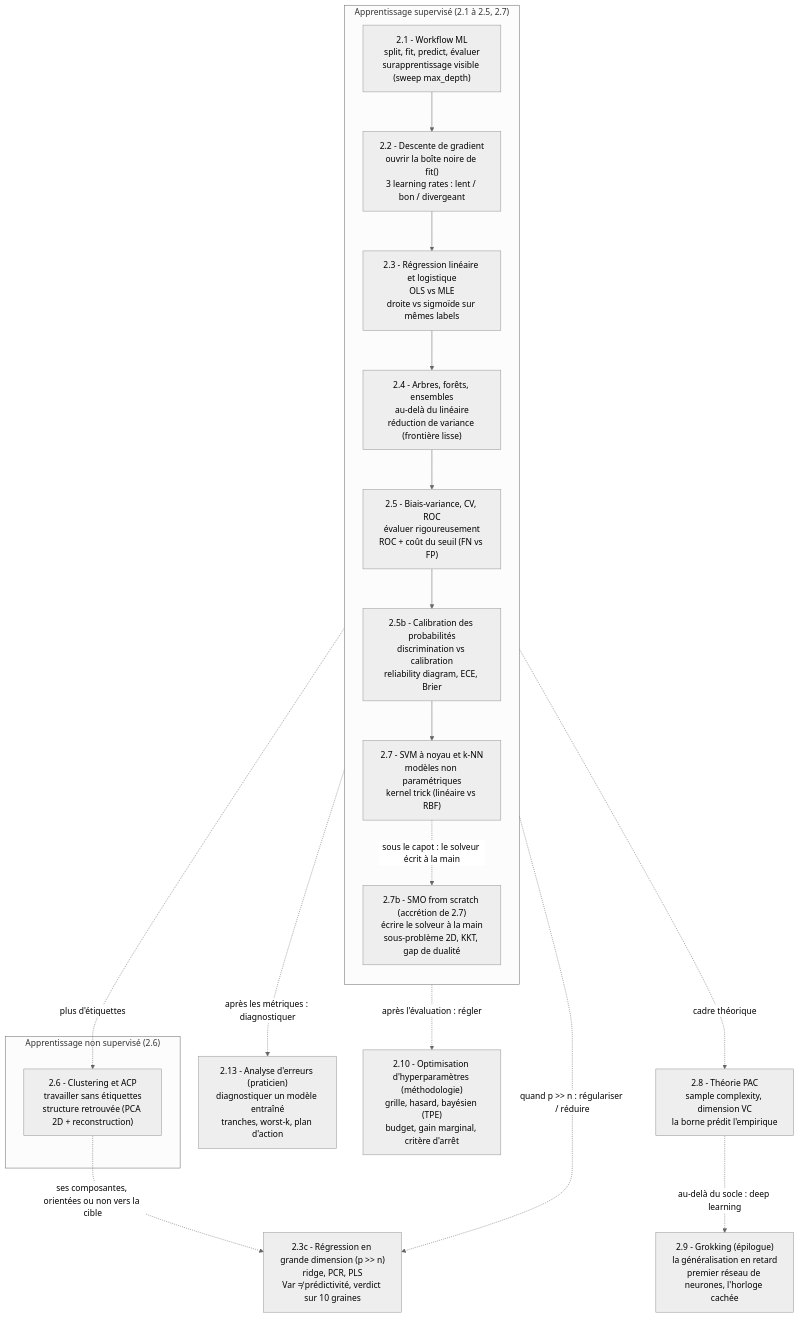
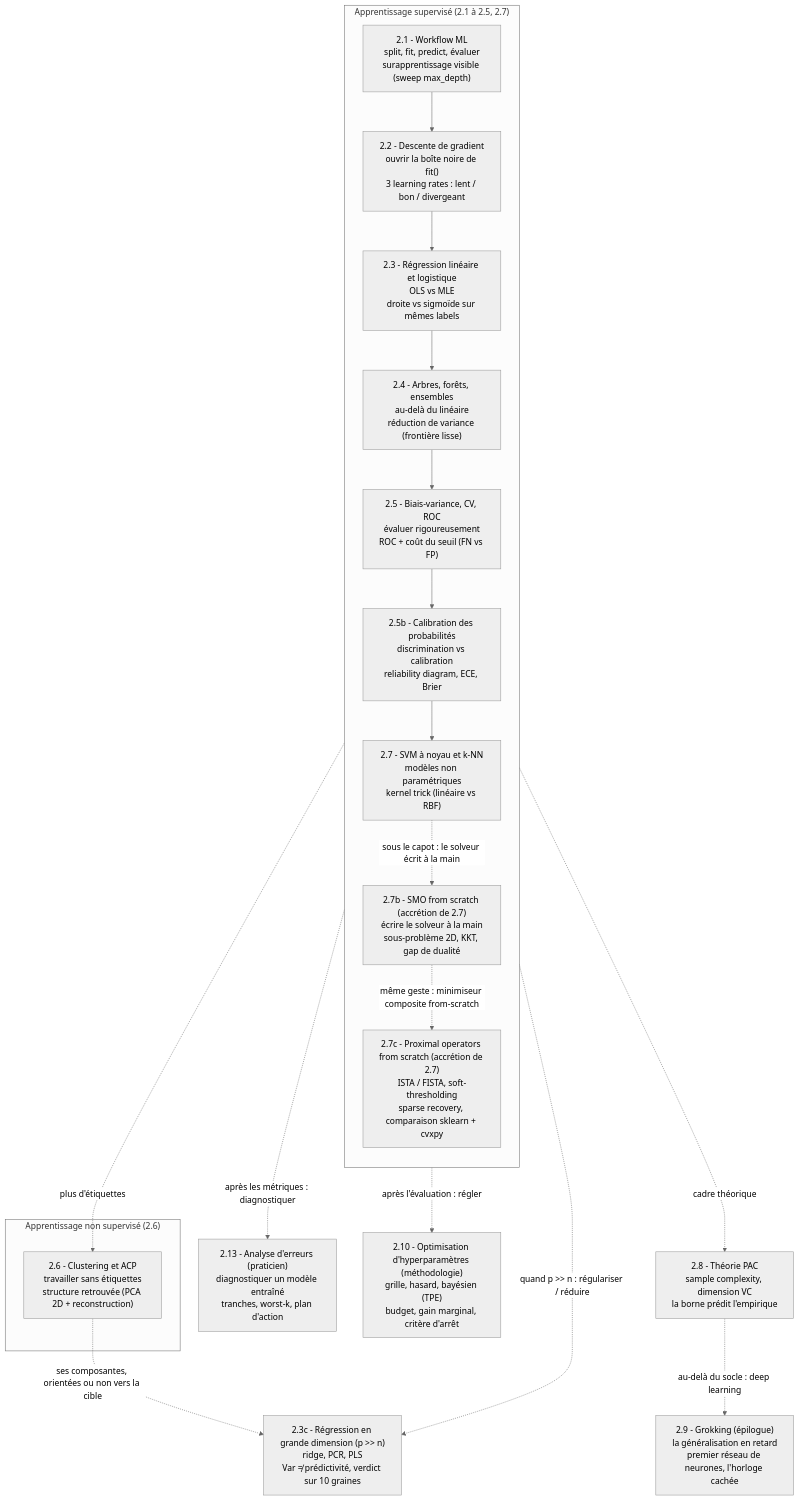
The diagram in MyIA.AI.Notebooks/ML/DataScienceWithAgents/02-ML-Cours/README.md (jsboige/CoursIA), drawn with Mermaid (neutral theme) before and after one commit. The commit also changed other lines of this file and 1 other file, not shown here.

First line of the commit message:
feat(ml,#16061): Proximal Operators from scratch — ISTA + FISTA, sparse recovery comparison

````diff
--- a/MyIA.AI.Notebooks/ML/DataScienceWithAgents/02-ML-Cours/README.md
+++ b/MyIA.AI.Notebooks/ML/DataScienceWithAgents/02-ML-Cours/README.md
@@ -95,31 +98,33 @@
 ```mermaid
 flowchart TD
     subgraph SUP["Apprentissage supervisé (2.1 à 2.5, 2.7)"]
       direction TB
       A["2.1 - Workflow ML<br/>split, fit, predict, évaluer<br/>surapprentissage visible (sweep max_depth)"]
       B["2.2 - Descente de gradient<br/>ouvrir la boîte noire de fit()<br/>3 learning rates : lent / bon / divergeant"]
       C["2.3 - Régression linéaire et logistique<br/>OLS vs MLE<br/>droite vs sigmoïde sur mêmes labels"]
       D["2.4 - Arbres, forêts, ensembles<br/>au-delà du linéaire<br/>réduction de variance (frontière lisse)"]
       E["2.5 - Biais-variance, CV, ROC<br/>évaluer rigoureusement<br/>ROC + coût du seuil (FN vs FP)"]
       E2["2.5b - Calibration des probabilités<br/>discrimination vs calibration<br/>reliability diagram, ECE, Brier"]
       G["2.7 - SVM à noyau et k-NN<br/>modèles non paramétriques<br/>kernel trick (linéaire vs RBF)"]
       M["2.7b - SMO from scratch (accrétion de 2.7)<br/>écrire le solveur à la main<br/>sous-problème 2D, KKT, gap de dualité"]
+      N["2.7c - Proximal operators from scratch (accrétion de 2.7)<br/>ISTA / FISTA, soft-thresholding<br/>sparse recovery, comparaison sklearn + cvxpy"]
       A --> B --> C --> D --> E --> E2 --> G
       G -. "sous le capot : le solveur écrit à la main" .-> M
+      M -. "même geste : minimiseur composite from-scratch" .-> N
     end
     subgraph UNSUP["Apprentissage non supervisé (2.6)"]
       F["2.6 - Clustering et ACP<br/>travailler sans étiquettes<br/>structure retrouvée (PCA 2D + reconstruction)"]
     end
     H["2.8 - Théorie PAC<br/>sample complexity, dimension VC<br/>la borne prédit l'empirique"]
     I["2.9 - Grokking (épilogue)<br/>la généralisation en retard<br/>premier réseau de neurones, l'horloge cachée"]
     E -. "plus d'étiquettes" .-> F
     E -. "cadre théorique" .-> H
     H -. "au-delà du socle : deep learning" .-> I
     J["2.13 - Analyse d'erreurs (praticien)<br/>diagnostiquer un modèle entraîné<br/>tranches, worst-k, plan d'action"]
     E -. "après les métriques : diagnostiquer" .-> J
     K["2.10 - Optimisation d'hyperparamètres (méthodologie)<br/>grille, hasard, bayésien (TPE)<br/>budget, gain marginal, critère d'arrêt"]
     E -. "après l'évaluation : régler" .-> K
     L["2.3c - Régression en grande dimension (p >> n)<br/>ridge, PCR, PLS<br/>Var ≠ prédictivité, verdict sur 10 graines"]
     C -. "quand p >> n : régulariser / réduire" .-> L
     F -. "ses composantes, orientées ou non vers la cible" .-> L
 ```
````
